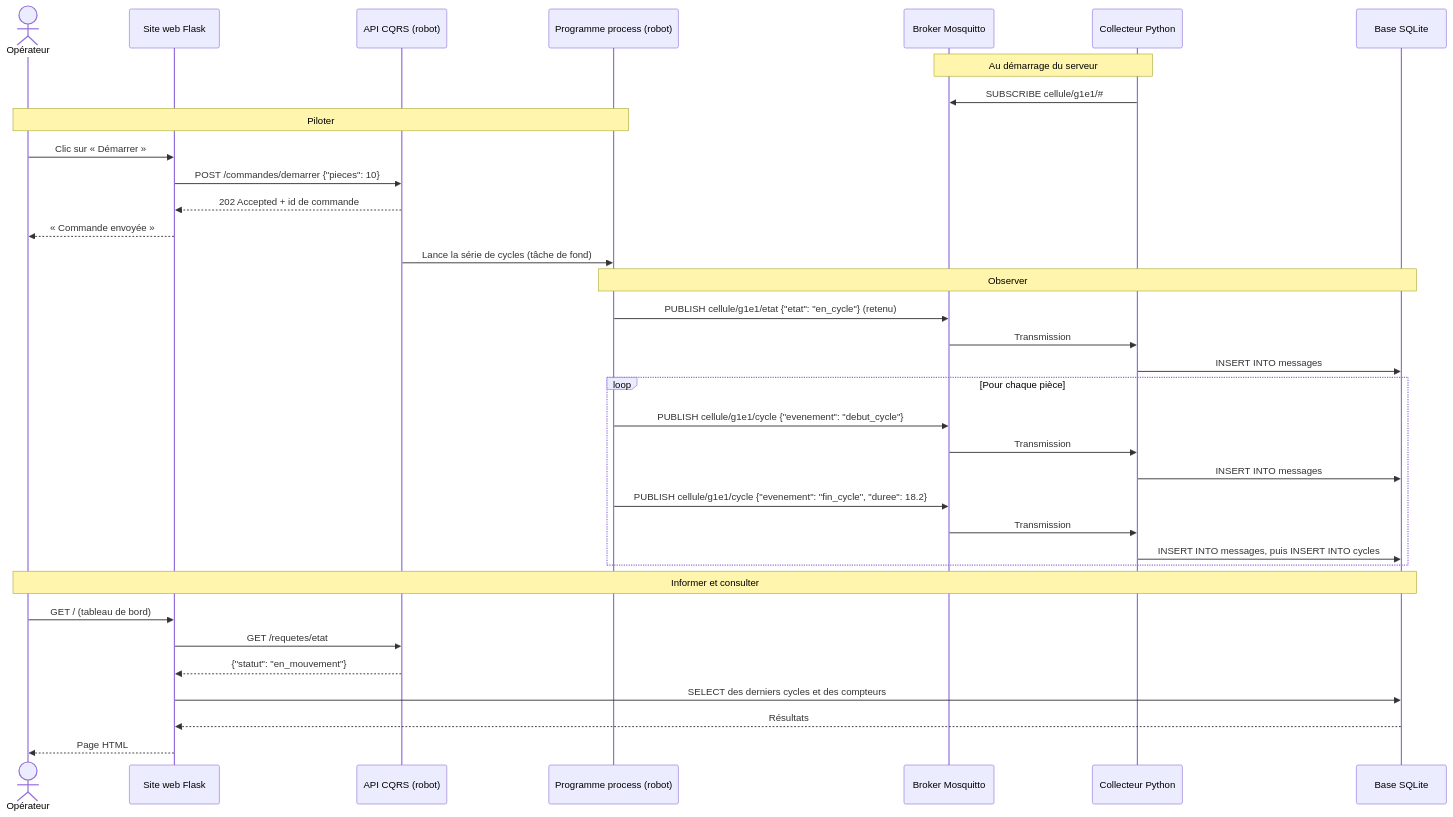
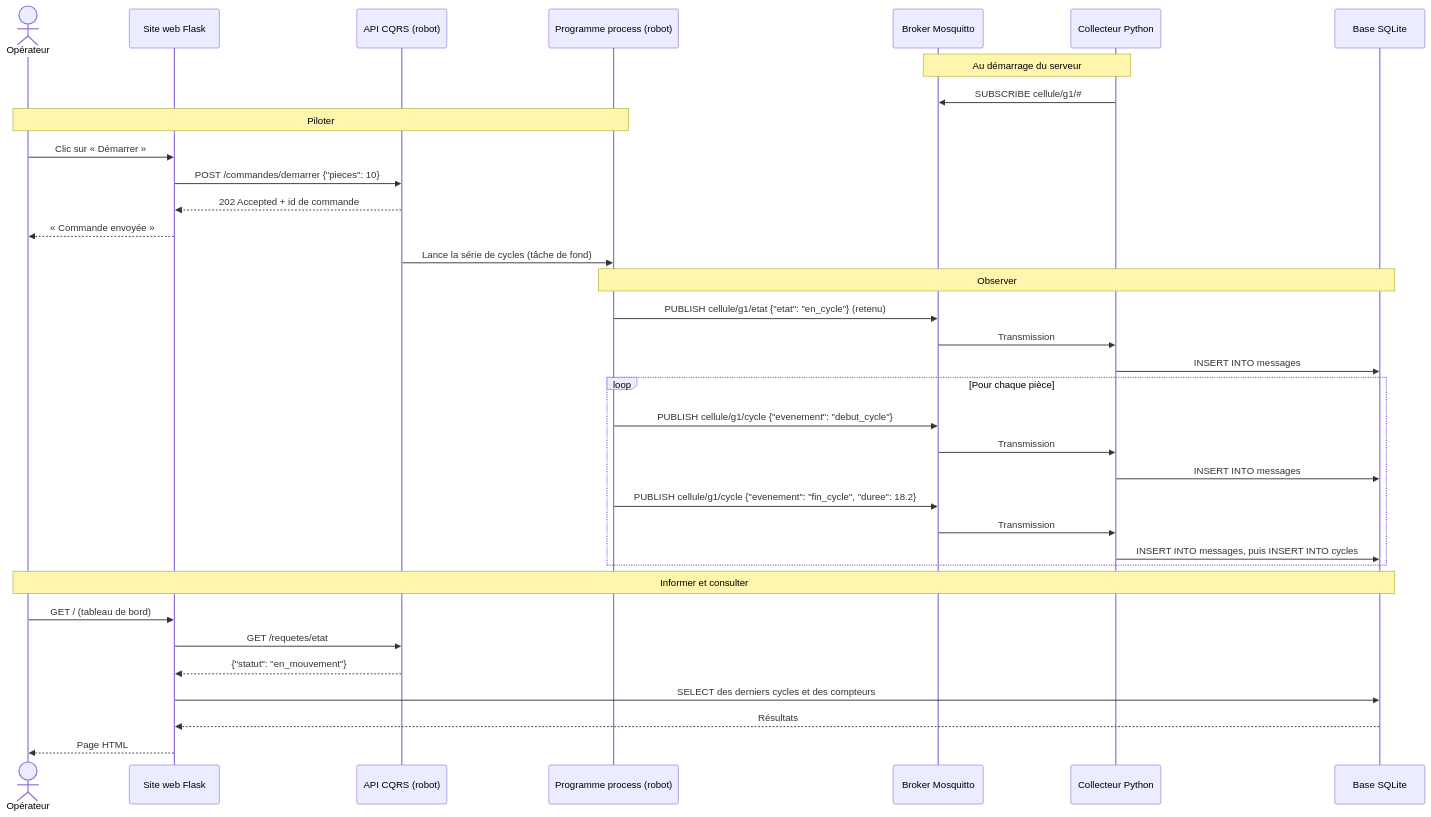
Before and after one commit to fabrice1618/niryo2: the third of 6 diagrams in README.md, drawn with Mermaid. The commit also changed other lines of this file and 37 other files, not shown here.

````diff
--- a/README.md
+++ b/README.md
@@ -138,41 +138,41 @@
 ```mermaid
 sequenceDiagram
     actor O as Opérateur
     participant W as Site web Flask
     participant A as API CQRS (robot)
     participant P as Programme process (robot)
     participant B as Broker Mosquitto
     participant C as Collecteur Python
     participant DB as Base SQLite
 
     Note over B,C: Au démarrage du serveur
-    C->>B: SUBSCRIBE cellule/g1e1/#35;
+    C->>B: SUBSCRIBE cellule/g1/#35;
 
     Note over O,P: Piloter
     O->>W: Clic sur « Démarrer »
     W->>A: POST /commandes/demarrer {"pieces": 10}
     A-->>W: 202 Accepted + id de commande
     W-->>O: « Commande envoyée »
     A->>P: Lance la série de cycles (tâche de fond)
 
     Note over P,DB: Observer
-    P->>B: PUBLISH cellule/g1e1/etat {"etat": "en_cycle"} (retenu)
+    P->>B: PUBLISH cellule/g1/etat {"etat": "en_cycle"} (retenu)
     B->>C: Transmission
     C->>DB: INSERT INTO messages
     loop Pour chaque pièce
-        P->>B: PUBLISH cellule/g1e1/cycle {"evenement": "debut_cycle"}
+        P->>B: PUBLISH cellule/g1/cycle {"evenement": "debut_cycle"}
         B->>C: Transmission
         C->>DB: INSERT INTO messages
-        P->>B: PUBLISH cellule/g1e1/cycle {"evenement": "fin_cycle", "duree": 18.2}
+        P->>B: PUBLISH cellule/g1/cycle {"evenement": "fin_cycle", "duree": 18.2}
         B->>C: Transmission
         C->>DB: INSERT INTO messages, puis INSERT INTO cycles
     end
 
     Note over O,DB: Informer et consulter
     O->>W: GET / (tableau de bord)
     W->>A: GET /requetes/etat
     A-->>W: {"statut": "en_mouvement"}
     W->>DB: SELECT des derniers cycles et des compteurs
     DB-->>W: Résultats
     W-->>O: Page HTML
 ```
````
